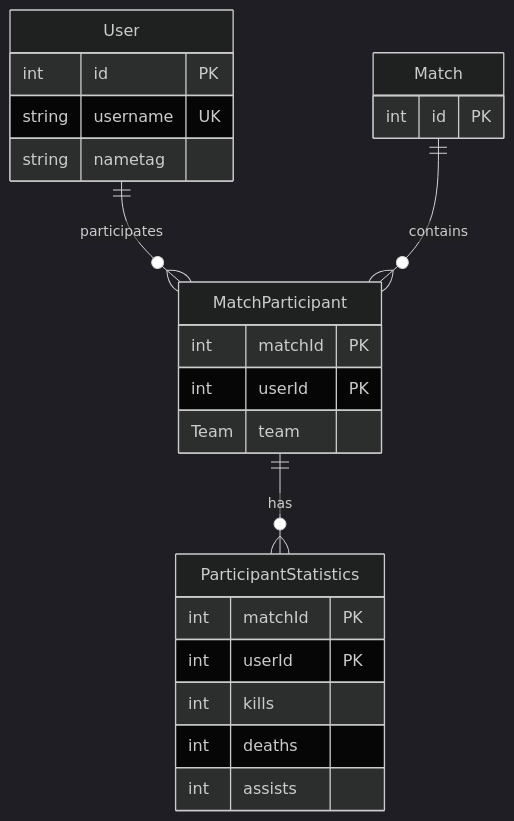
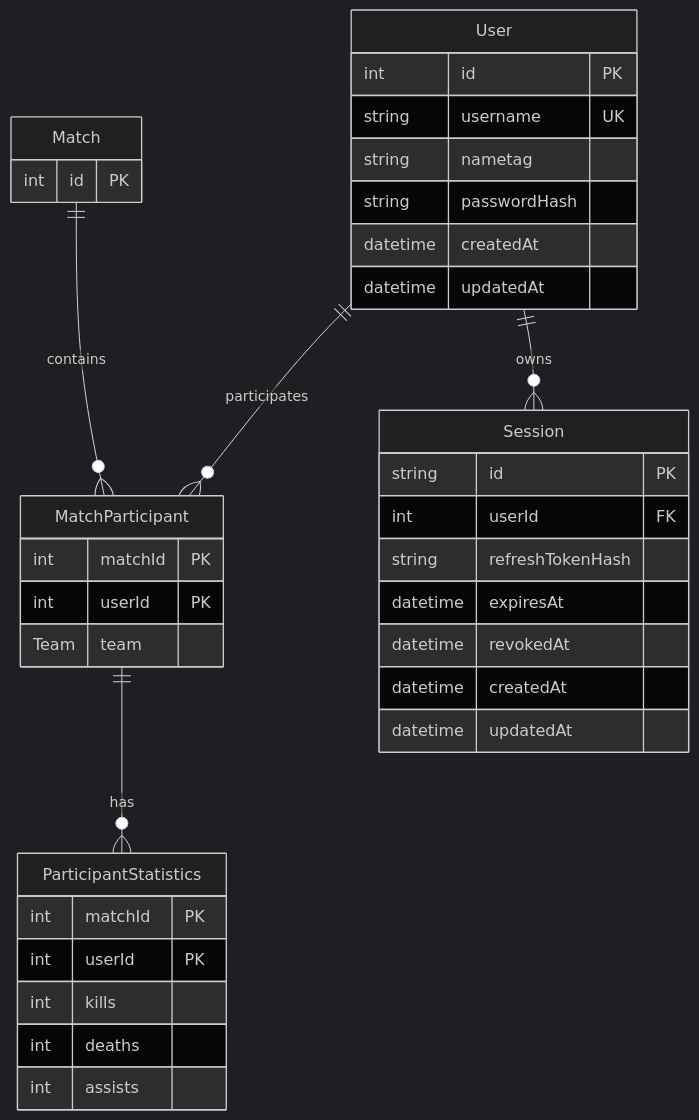
Before and after one commit to keezeden/qtime: the diagram in docs/data-model.md, drawn with Mermaid (dark theme). The commit also changed other lines of this file and 21 other files, not shown here.

````diff
--- a/docs/data-model.md
+++ b/docs/data-model.md
@@ -7,30 +7,44 @@
 ```mermaid
 erDiagram
   User ||--o{ MatchParticipant : participates
+  User ||--o{ Session : owns
   Match ||--o{ MatchParticipant : contains
   MatchParticipant ||--o{ ParticipantStatistics : has
 
   User {
     int id PK
     string username UK
     string nametag
+    string passwordHash
+    datetime createdAt
+    datetime updatedAt
+  }
+
+  Session {
+    string id PK
+    int userId FK
+    string refreshTokenHash
+    datetime expiresAt
+    datetime revokedAt
+    datetime createdAt
+    datetime updatedAt
   }
 
   Match {
     int id PK
   }
 
   MatchParticipant {
     int matchId PK
     int userId PK
     Team team
   }
 
   ParticipantStatistics {
     int matchId PK
     int userId PK
     int kills
     int deaths
     int assists
   }
 ```
````
